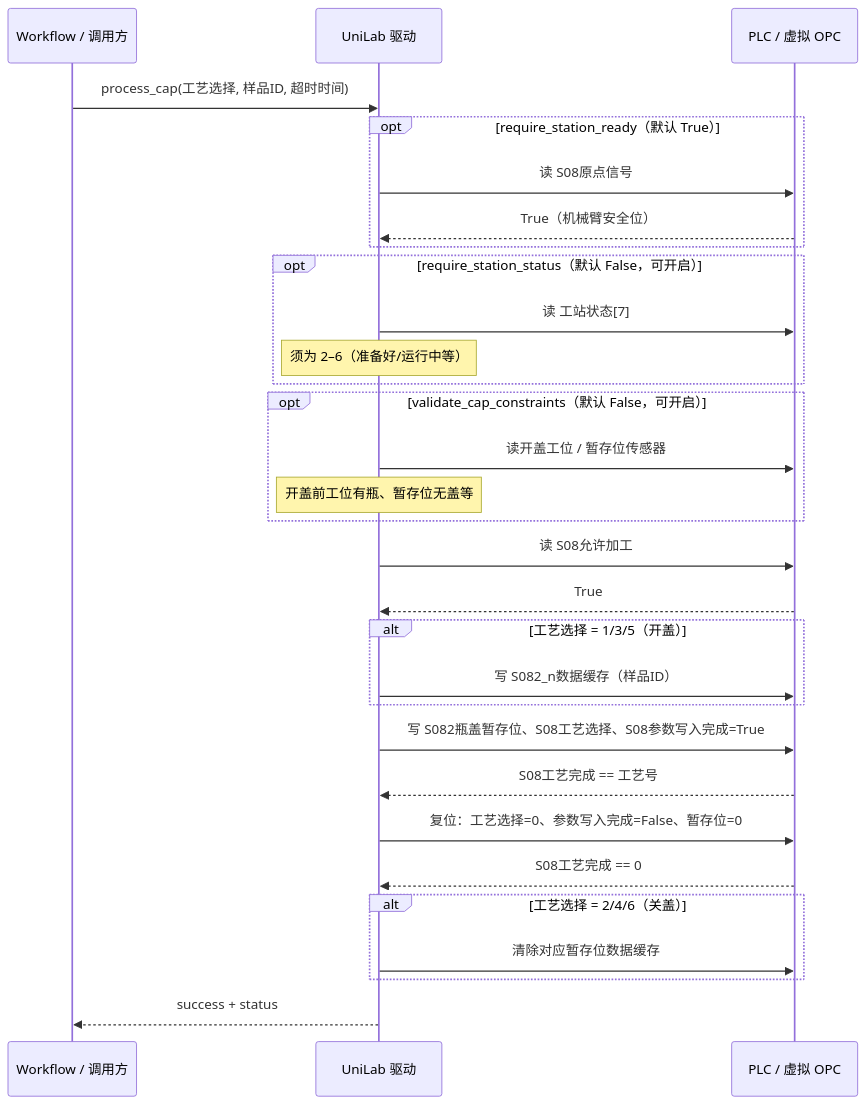
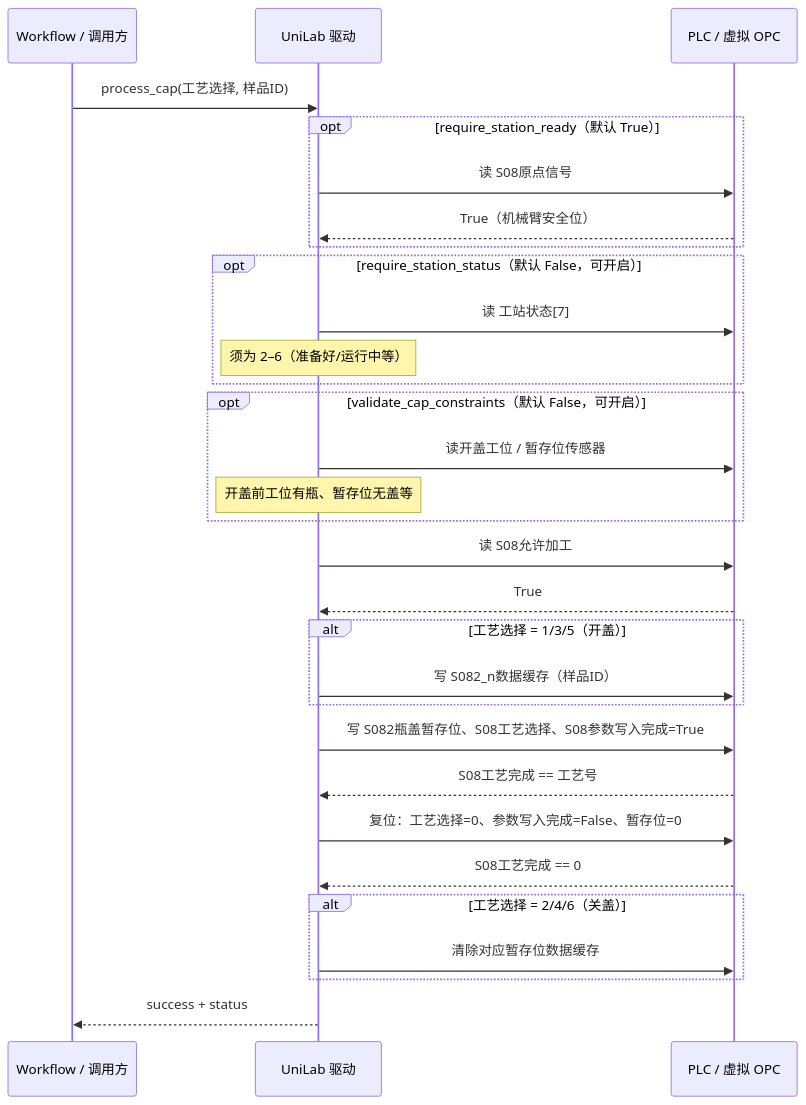
Before and after one commit to deepmodeling/Uni-Lab-OS: the diagram in unilabos/devices/workstation/szlab_poly_studio/s08_decap/README.md, drawn with Mermaid. The commit also changed 56 other files, not shown here.

````diff
--- a/unilabos/devices/workstation/szlab_poly_studio/s08_decap/README.md
+++ b/unilabos/devices/workstation/szlab_poly_studio/s08_decap/README.md
@@ -28,41 +28,41 @@
 ```mermaid
 sequenceDiagram
     participant WF as Workflow / 调用方
     participant UL as UniLab 驱动
     participant PLC as PLC / 虚拟 OPC
 
-    WF->>UL: process_cap(工艺选择, 样品ID, 超时时间)
+    WF->>UL: process_cap(工艺选择, 样品ID)
 
     opt require_station_ready（默认 True）
         UL->>PLC: 读 S08原点信号
         PLC-->>UL: True（机械臂安全位）
     end
 
     opt require_station_status（默认 False，可开启）
         UL->>PLC: 读 工站状态[7]
         Note over UL: 须为 2–6（准备好/运行中等）
     end
 
     opt validate_cap_constraints（默认 False，可开启）
         UL->>PLC: 读开盖工位 / 暂存位传感器
         Note over UL: 开盖前工位有瓶、暂存位无盖等
     end
 
     UL->>PLC: 读 S08允许加工
     PLC-->>UL: True
 
     alt 工艺选择 = 1/3/5（开盖）
         UL->>PLC: 写 S082_n数据缓存（样品ID）
     end
 
     UL->>PLC: 写 S082瓶盖暂存位、S08工艺选择、S08参数写入完成=True
     PLC-->>UL: S08工艺完成 == 工艺号
     UL->>PLC: 复位：工艺选择=0、参数写入完成=False、暂存位=0
     PLC-->>UL: S08工艺完成 == 0
 
     alt 工艺选择 = 2/4/6（关盖）
         UL->>PLC: 清除对应暂存位数据缓存
     end
 
     UL-->>WF: success + status
 ```
````
